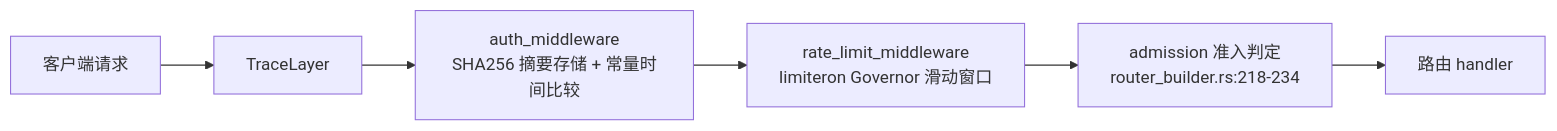
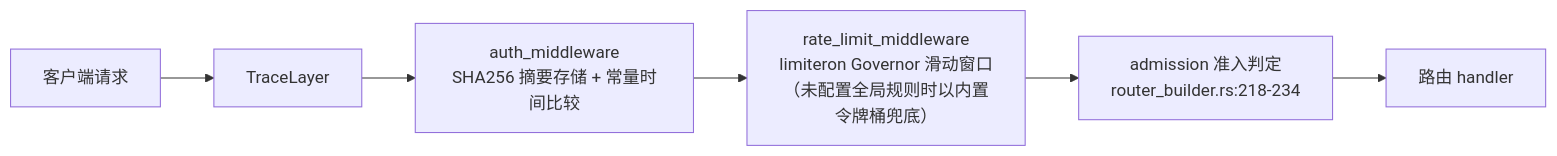
The eighth of 9 diagrams in docs/ARCHITECTURE.md (Kirky-X/fluxgate), drawn with Mermaid before and after one commit. The commit also changed other lines of this file and 6 other files, not shown here.

````diff
--- a/docs/ARCHITECTURE.md
+++ b/docs/ARCHITECTURE.md
@@ -489,8 +493,8 @@
 ```mermaid
 flowchart LR
     A["客户端请求"] --> T["TraceLayer"]
     T --> AUTH["auth_middleware<br/>SHA256 摘要存储 + 常量时间比较"]
-    AUTH --> RL["rate_limit_middleware<br/>limiteron Governor 滑动窗口"]
+    AUTH --> RL["rate_limit_middleware<br/>limiteron Governor 滑动窗口<br/>（未配置全局规则时以内置令牌桶兜底）"]
     RL --> ADM["admission 准入判定<br/>router_builder.rs:218-234"]
     ADM --> H["路由 handler"]
 ```
````
